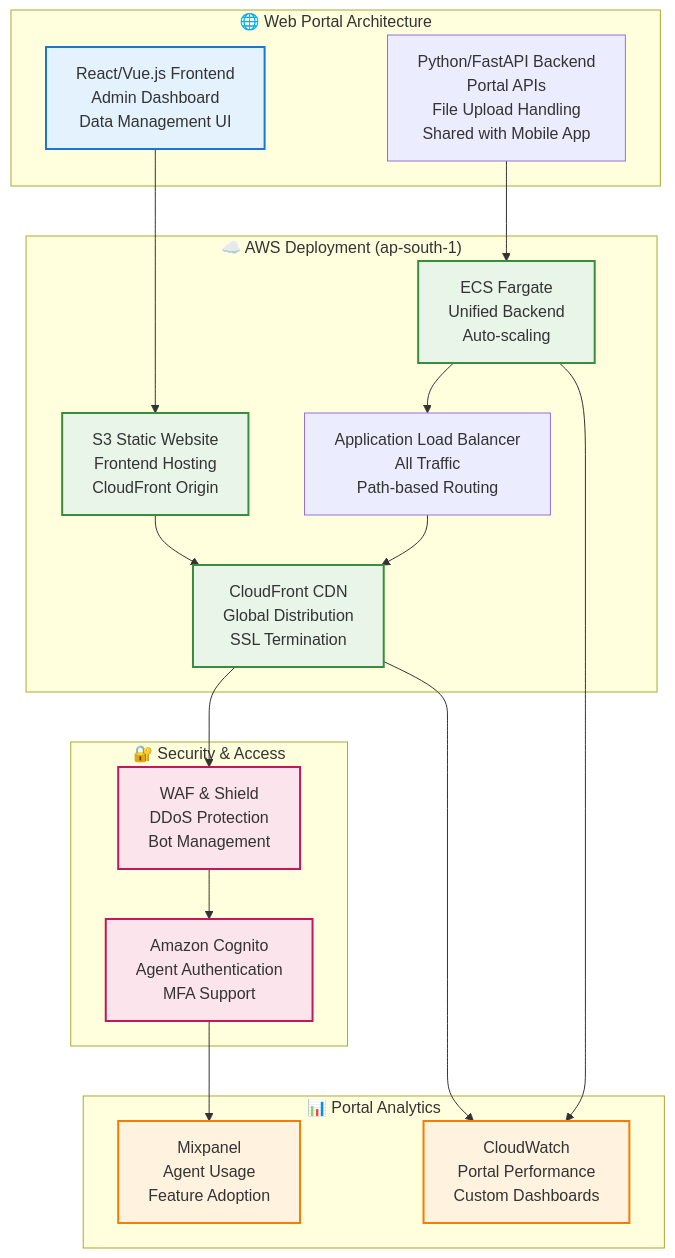
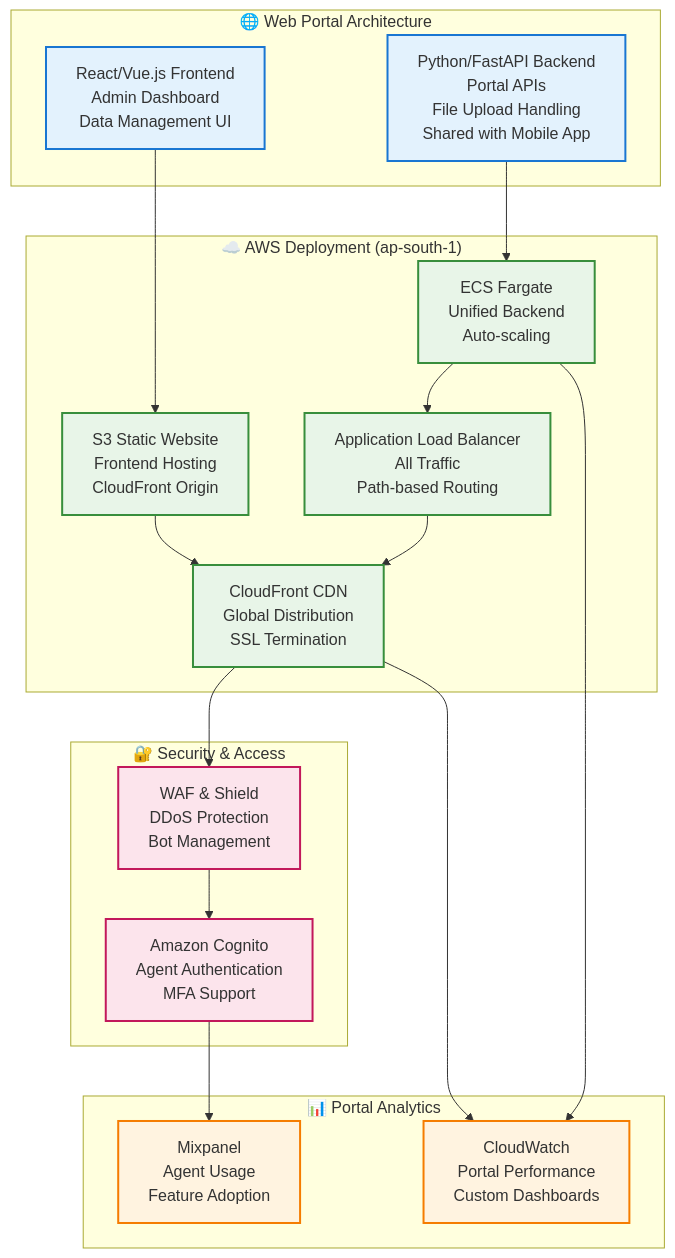
Before and after one commit to manizvlabs/agentmitra: the third of 16 diagrams in discovery/deployment/deployment-design.md, drawn with Mermaid. The commit also changed other lines of this file, not shown here.

````diff
--- a/discovery/deployment/deployment-design.md
+++ b/discovery/deployment/deployment-design.md
@@ -385,45 +385,45 @@
 ```mermaid
 graph TD
     subgraph "🌐 Web Portal Architecture"
         Frontend[React/Vue.js Frontend<br/>Admin Dashboard<br/>Data Management UI]
         PythonBackend[Python/FastAPI Backend<br/>Portal APIs<br/>File Upload Handling<br/>Shared with Mobile App]
     end
 
     subgraph "☁️ AWS Deployment (ap-south-1)"
         CloudFront[CloudFront CDN<br/>Global Distribution<br/>SSL Termination]
         S3Static[S3 Static Website<br/>Frontend Hosting<br/>CloudFront Origin]
         ECSBackend[ECS Fargate<br/>Unified Backend<br/>Auto-scaling]
         ALB[Application Load Balancer<br/>All Traffic<br/>Path-based Routing]
     end
 
     subgraph "🔐 Security & Access"
         Cognito[Amazon Cognito<br/>Agent Authentication<br/>MFA Support]
         WAF[WAF & Shield<br/>DDoS Protection<br/>Bot Management]
     end
 
     subgraph "📊 Portal Analytics"
         CloudWatch[CloudWatch<br/>Portal Performance<br/>Custom Dashboards]
         Mixpanel[Mixpanel<br/>Agent Usage<br/>Feature Adoption]
     end
 
     Frontend --> S3Static
     PythonBackend --> ECSBackend
     S3Static --> CloudFront
     ECSBackend --> ALB
     ALB --> CloudFront
     CloudFront --> WAF
     WAF --> Cognito
     ECSBackend --> CloudWatch
     CloudFront --> CloudWatch
     Cognito --> Mixpanel
 
     classDef web fill:#e3f2fd,stroke:#1976d2,stroke-width:2px
     classDef aws fill:#e8f5e8,stroke:#388e3c,stroke-width:2px
     classDef security fill:#fce4ec,stroke:#c2185b,stroke-width:2px
     classDef analytics fill:#fff3e0,stroke:#f57c00,stroke-width:2px
 
-    class Frontend,PortalBackend web
-    class CloudFront,S3Static,ECSBackend,ALBPortal aws
+    class Frontend,PythonBackend web
+    class CloudFront,S3Static,ECSBackend,ALB aws
     class Cognito,WAF security
     class CloudWatch,Mixpanel analytics
 ```
````
